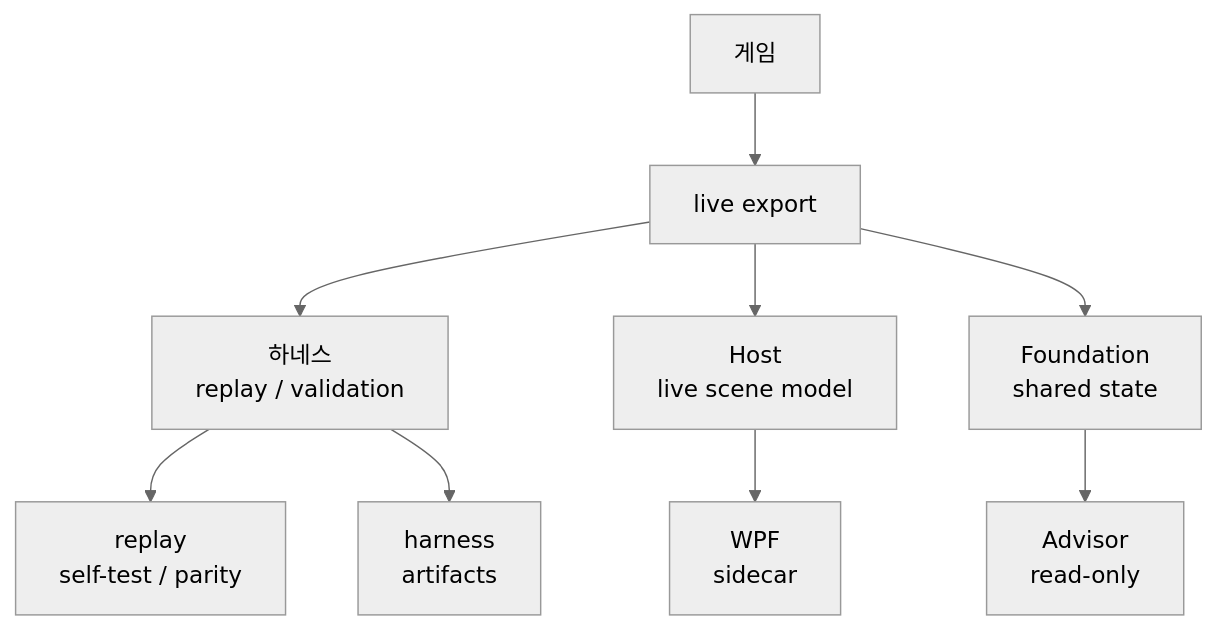
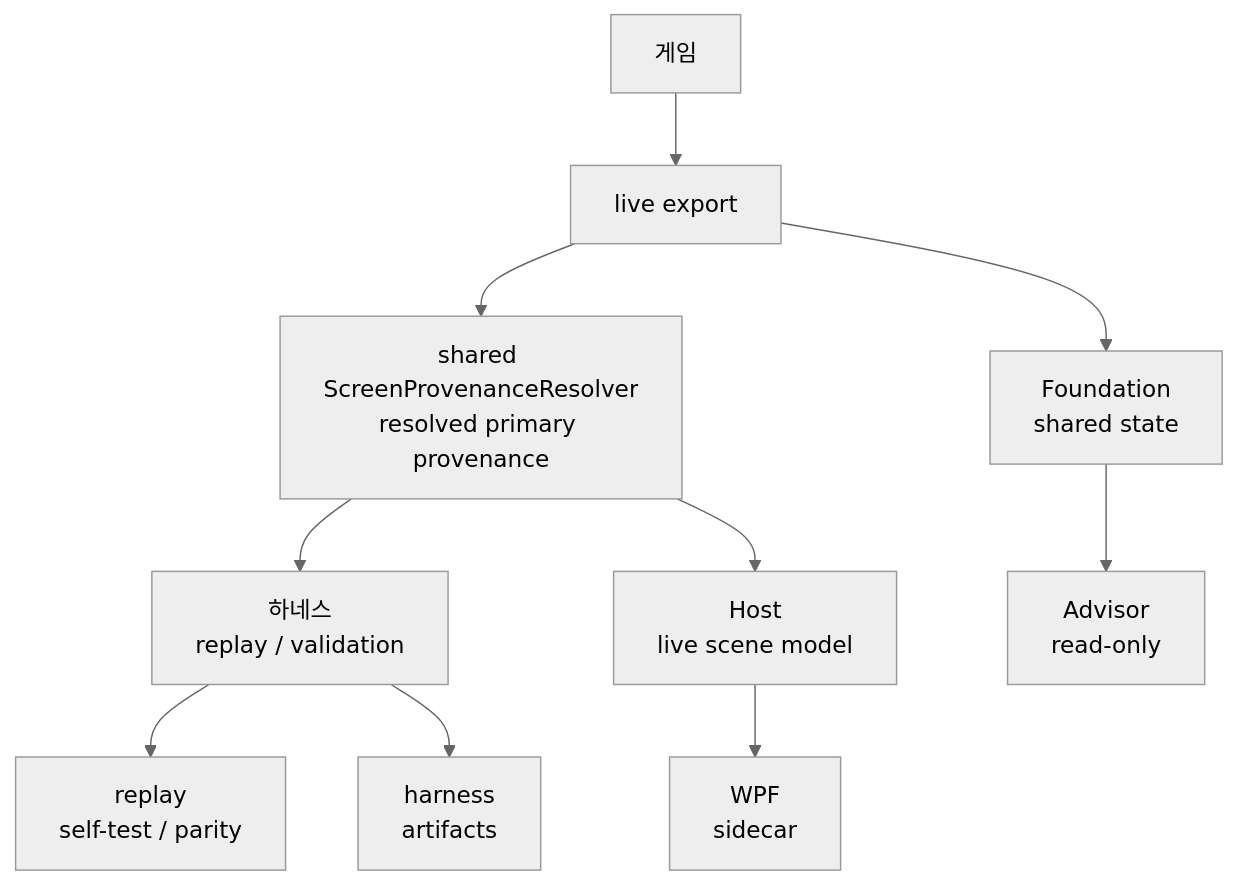
Before and after one commit to jidon333/STS2_Mod_AI_Companion: the first of 4 diagrams in docs/current/readers/HARNESS_TO_M9_STRUCTURE_READER_KO.md, drawn with Mermaid (neutral theme). The commit also changed other lines of this file and 23 other files, not shown here.

Commit message:
Unify host and harness screen provenance resolution

````diff
--- a/docs/current/readers/HARNESS_TO_M9_STRUCTURE_READER_KO.md
+++ b/docs/current/readers/HARNESS_TO_M9_STRUCTURE_READER_KO.md
@@ -22,11 +22,12 @@
 ```mermaid
 flowchart TB
     Game["게임"] --> Export["live export"]
-    Export --> Harness["하네스<br/>replay / validation"]
-    Export --> Host["Host<br/>live scene model"]
+    Export --> Provenance["shared ScreenProvenanceResolver<br/>resolved primary provenance"]
+    Provenance --> Harness["하네스<br/>replay / validation"]
+    Provenance --> Host["Host<br/>live scene model"]
     Export --> Foundation["Foundation<br/>shared state"]
     Host --> Wpf["WPF<br/>sidecar"]
     Foundation --> Advisor["Advisor<br/>read-only"]
     Harness --> Replay["replay<br/>self-test / parity"]
     Harness --> Artifact["harness<br/>artifacts"]
 ```
````
